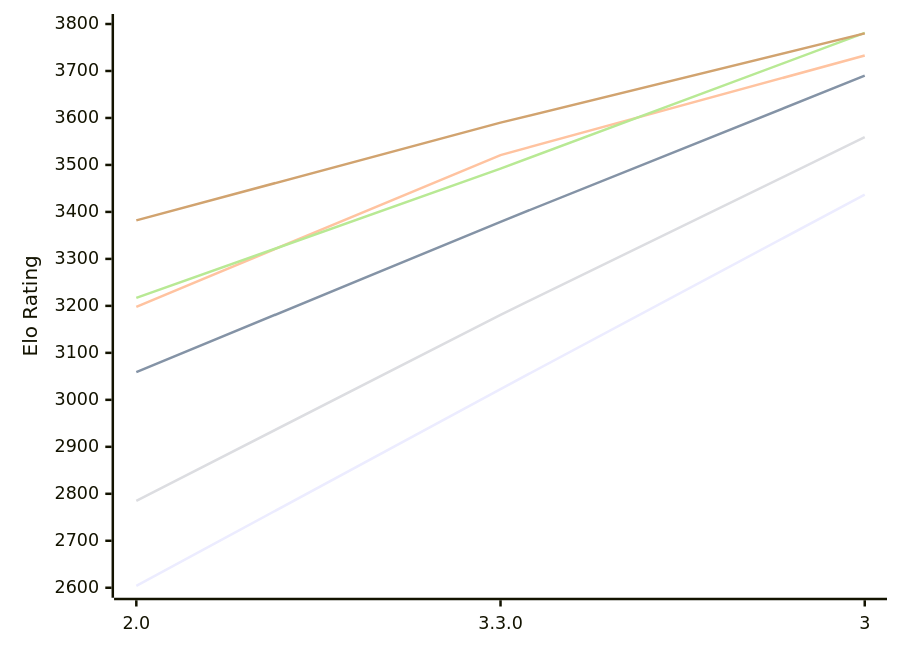
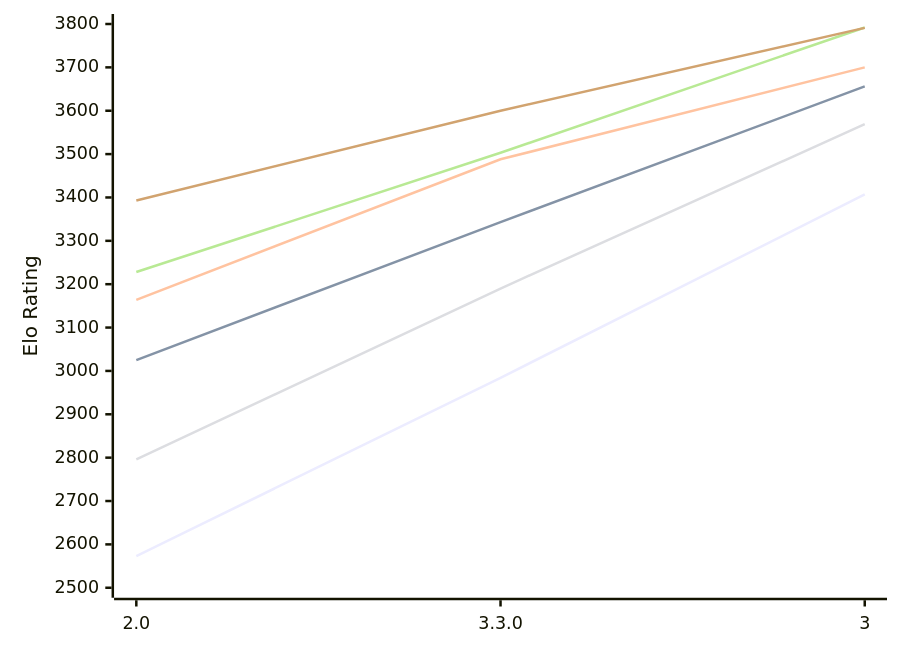
Before and after one commit to computer-chess-index/cci: the diagram in engines/Ravager.md, drawn with Mermaid. The commit also changed other lines of this file, not shown here.

Commit message:
Update CCI Ratings (ELO VLTC) - 2026-11-12

````diff
--- a/engines/Ravager.md
+++ b/engines/Ravager.md
@@ -51,12 +51,12 @@
 ```mermaid
 %%{init: {"theme":"base","themeVariables":{"seriesColors:['#a3a3a3','#222221','#faa371']}}}%%
 xychart-beta
   x-axis ["2.0", "3.3.0", "3"]
-  y-axis "Elo Rating" 2600 --> 3800
-  line "E1: STC (8.0+0.08s)" [2604, 3023, 3437]
-  line "E1: LTC (60.0+0.60s)" [3059, 3379, 3690]
-  line "E1: VLTC (2m24s+1.12s)" [3198, 3521, 3733]
-  line "P1: STC (8.0+0.08s)" [2785, 3181, 3559]
-  line "P1: LTC (60.0+0.60s)" [3217, 3492, 3781]
-  line "P1: VLTC (2m24s+1.12s)" [3382, 3590, 3780]
+  y-axis "Elo Rating" 2500 --> 3800
+  line "E1: STC (8.0+0.08s)" [2573, 2984, 3407]
+  line "E1: LTC (60.0+0.60s)" [3025, 3343, 3656]
+  line "E1: VLTC (2m24s+1.12s)" [3164, 3488, 3700]
+  line "P1: STC (8.0+0.08s)" [2796, 3190, 3569]
+  line "P1: LTC (60.0+0.60s)" [3228, 3503, 3792]
+  line "P1: VLTC (2m24s+1.12s)" [3393, 3600, 3791]
 ```
````
